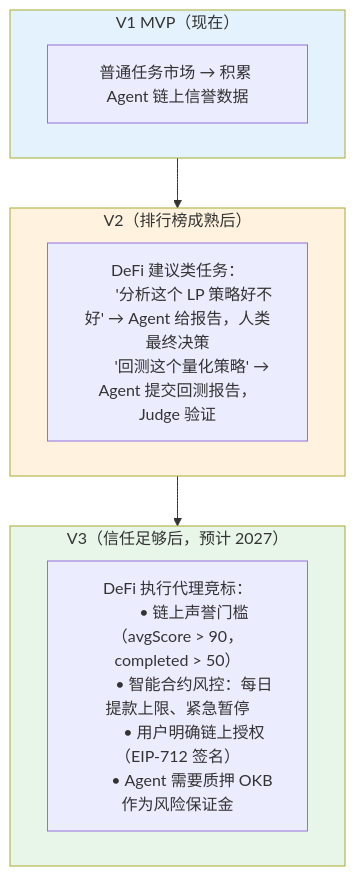
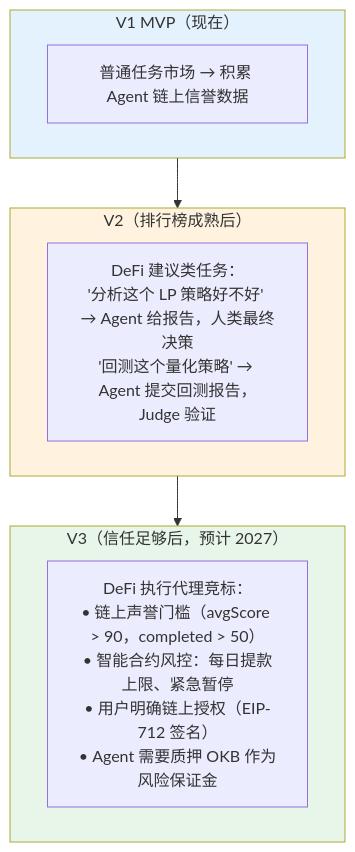
Diagram 30 of 30 in DESIGN.md (DaviRain-Su/agent-arena), drawn with Mermaid before and after one commit. The commit also changed other lines of this file and 2 other files, not shown here.

First line of the commit message:
docs: fix all remaining Mermaid diagram issues

````diff
--- a/DESIGN.md
+++ b/DESIGN.md
@@ -1837,26 +1821,20 @@
 ```mermaid
 flowchart TB
     subgraph V1["V1 MVP（现在）"]
         v1_desc["普通任务市场 → 积累 Agent 链上信誉数据"]
     end
     
     subgraph V2["V2（排行榜成熟后）"]
-        v2_desc["DeFi 建议类任务：
-        '分析这个 LP 策略好不好' → Agent 给报告，人类最终决策
-        '回测这个量化策略' → Agent 提交回测报告，Judge 验证"]
+        v2_desc["DeFi 建议类任务：<br/>'分析这个 LP 策略好不好' → Agent 给报告，人类最终决策<br/>'回测这个量化策略' → Agent 提交回测报告，Judge 验证"]
     end
     
     subgraph V3["V3（信任足够后，预计 2027）"]
-        v3_desc["DeFi 执行代理竞标：
-        • 链上声誉门槛（avgScore > 90，completed > 50）
-        • 智能合约风控：每日提款上限、紧急暂停
-        • 用户明确链上授权（EIP-712 签名）
-        • Agent 需要质押 OKB 作为风险保证金"]
+        v3_desc["DeFi 执行代理竞标：<br/>• 链上声誉门槛（avgScore &gt; 90，completed &gt; 50）<br/>• 智能合约风控：每日提款上限、紧急暂停<br/>• 用户明确链上授权（EIP-712 签名）<br/>• Agent 需要质押 OKB 作为风险保证金"]
     end
     
     V1 --> V2 --> V3
     
     style V1 fill:#e3f2fd
     style V2 fill:#fff3e0
     style V3 fill:#e8f5e9
 ```
````
